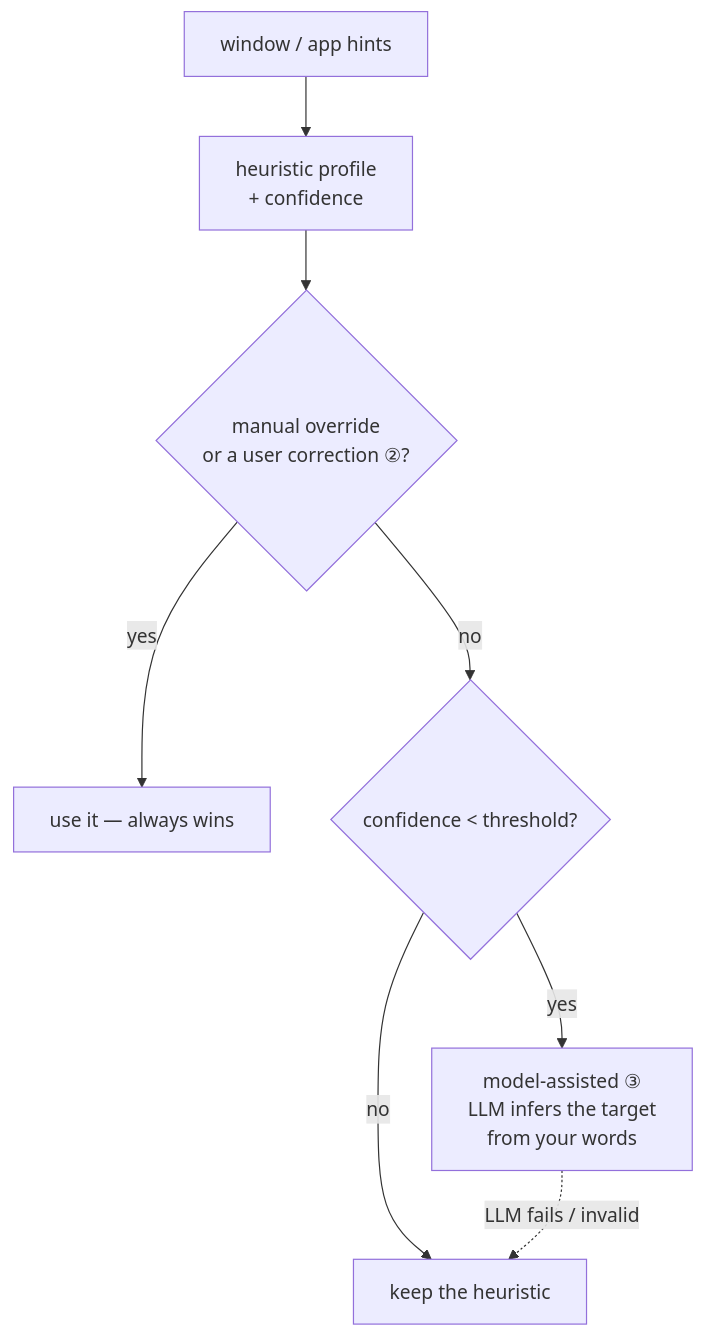
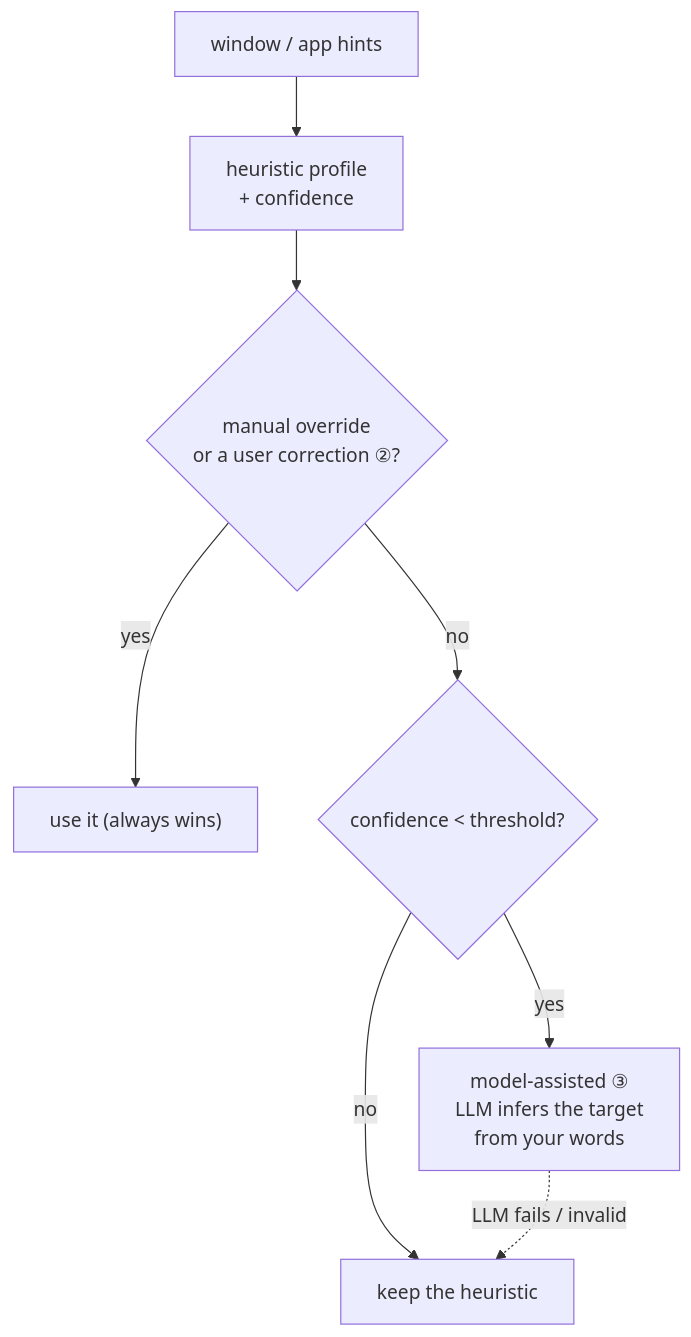
Before and after one commit to karolswdev/HoldSpeak: the second of 2 diagrams in docs/DICTATION_COPILOT.md, drawn with Mermaid. The commit also changed other lines of this file and 9 other files, not shown here.

````diff
--- a/docs/DICTATION_COPILOT.md
+++ b/docs/DICTATION_COPILOT.md
@@ -101,10 +102,10 @@
 ```mermaid
 flowchart TD
     T1["window / app hints"] --> T2["heuristic profile<br/>+ confidence"]
     T2 --> T3{"manual override<br/>or a user correction ②?"}
-    T3 -- yes --> TW["use it — always wins"]
+    T3 -- yes --> TW["use it (always wins)"]
     T3 -- no --> T4{"confidence &lt; threshold?"}
     T4 -- no --> TH["keep the heuristic"]
     T4 -- yes --> T5["model-assisted ③<br/>LLM infers the target<br/>from your words"]
     T5 -.->|"LLM fails / invalid"| TH
 ```
````
